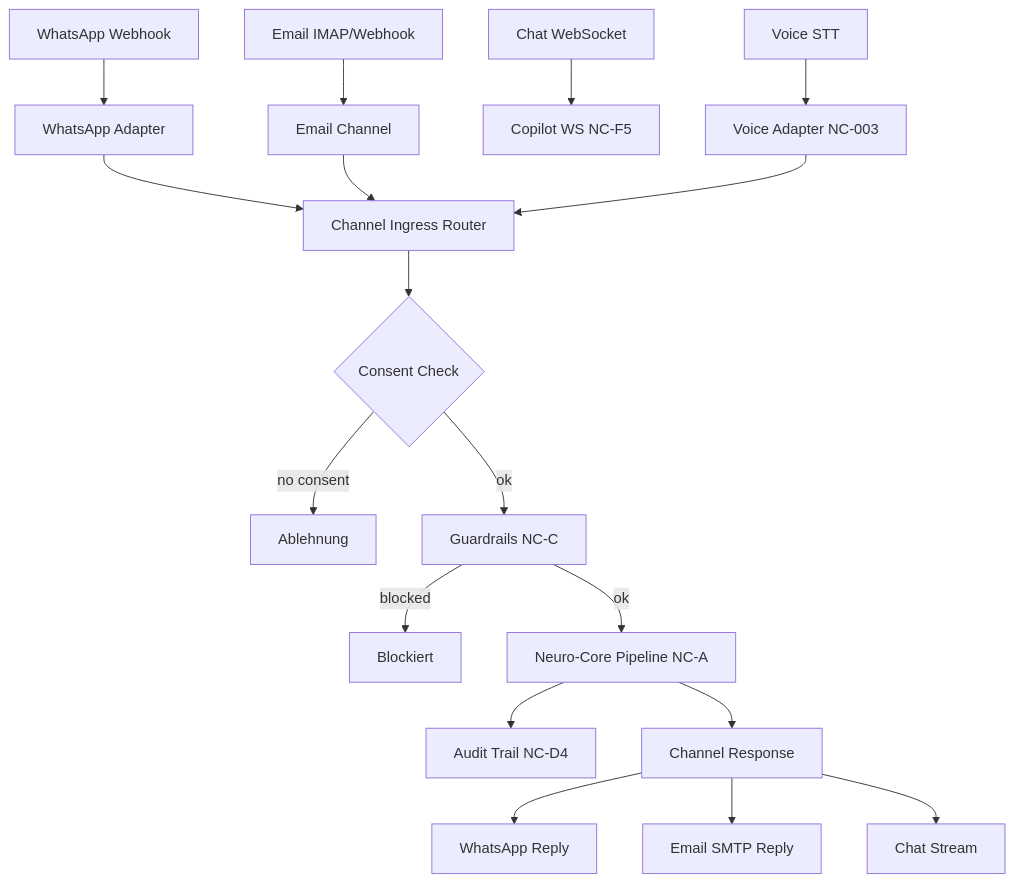
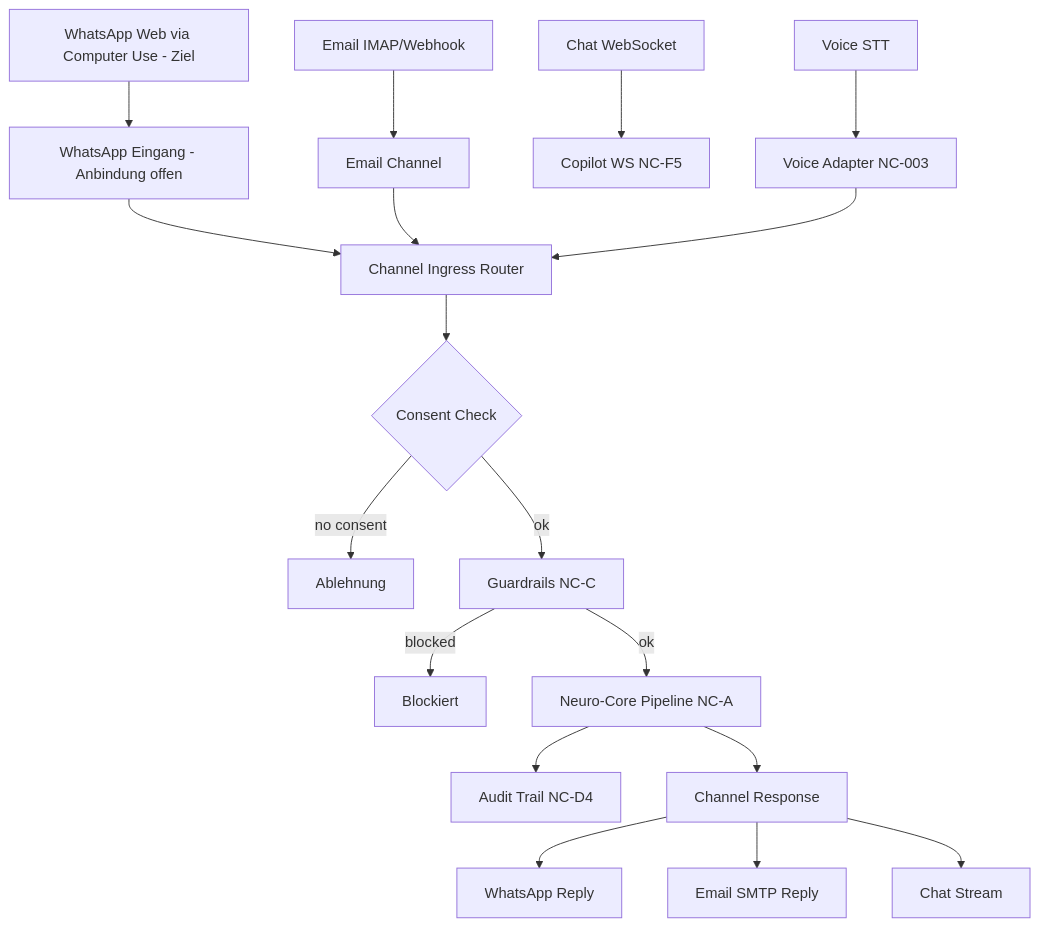
The diagram in docs/workflows/nc-h-channels-integration.md (JochenWeerda/VALEO-NeuroERP-3.0), drawn with Mermaid before and after one commit. The commit also changed other lines of this file and 2 other files, not shown here.

Commit message:
docs(whatsapp): adopt browser computer-use transport contract

````diff
--- a/docs/workflows/nc-h-channels-integration.md
+++ b/docs/workflows/nc-h-channels-integration.md
@@ -10,23 +19,23 @@
 ```mermaid
 flowchart TD
-    WA[WhatsApp Webhook] --> PARSE_WA[WhatsApp Adapter]
+    WA[WhatsApp Web via Computer Use - Ziel] --> PARSE_WA[WhatsApp Eingang - Anbindung offen]
     EMAIL[Email IMAP/Webhook] --> PARSE_EM[Email Channel]
     CHAT[Chat WebSocket] --> COPILOT[Copilot WS NC-F5]
     VOICE[Voice STT] --> VOICE_A[Voice Adapter NC-003]
 
     PARSE_WA --> INGRESS[Channel Ingress Router]
     PARSE_EM --> INGRESS
     VOICE_A --> INGRESS
 
     INGRESS --> CONSENT{Consent Check}
     CONSENT -->|no consent| REJECT[Ablehnung]
     CONSENT -->|ok| GUARD[Guardrails NC-C]
     GUARD -->|blocked| BLOCK[Blockiert]
     GUARD -->|ok| PIPELINE[Neuro-Core Pipeline NC-A]
     PIPELINE --> AUDIT[Audit Trail NC-D4]
     PIPELINE --> RESPONSE[Channel Response]
 
     RESPONSE --> REPLY_WA[WhatsApp Reply]
     RESPONSE --> REPLY_EM[Email SMTP Reply]
     RESPONSE --> REPLY_CHAT[Chat Stream]
 ```
````
